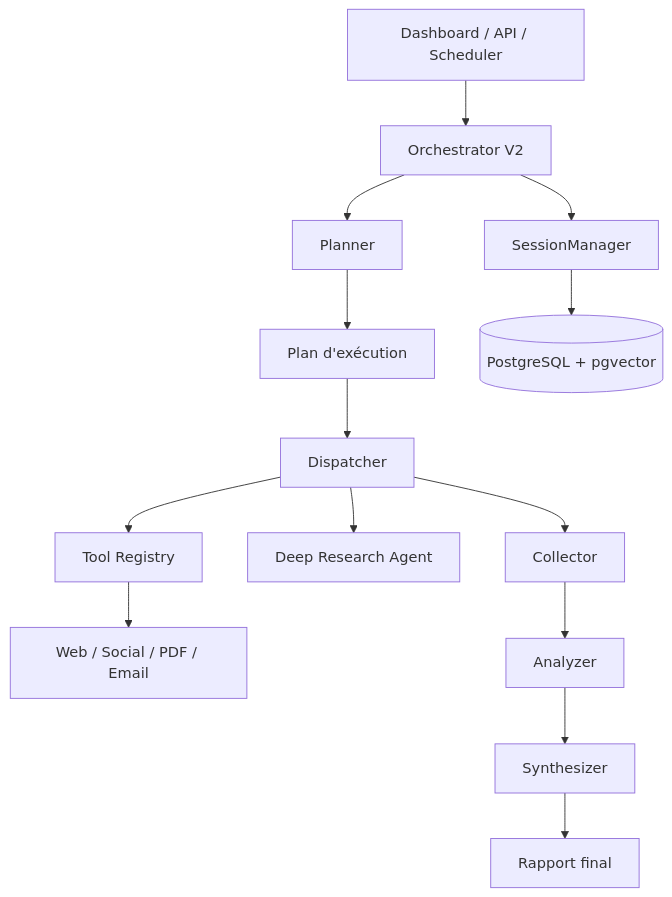
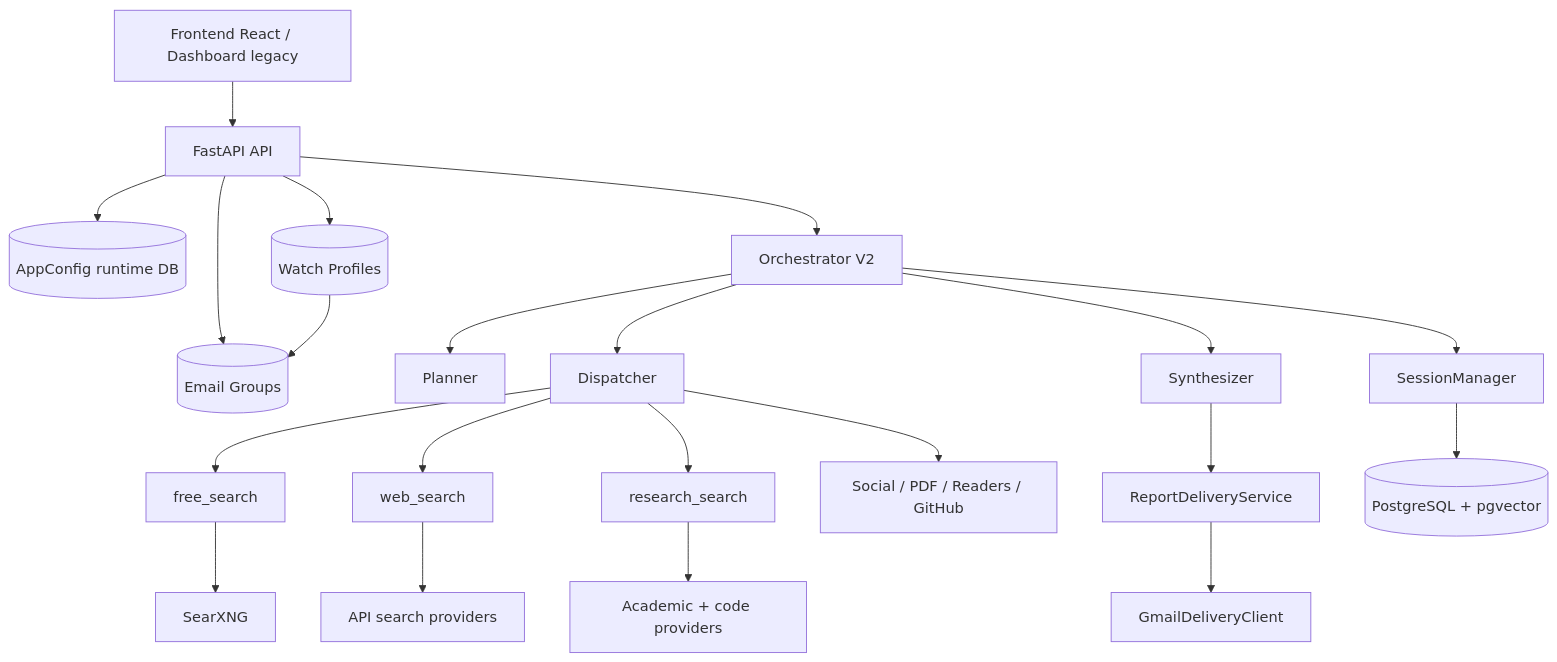
Before and after one commit to EngineerProjects/tech-watch-agent: the diagram in README.md, drawn with Mermaid. The commit also changed other lines of this file and 77 other files, not shown here.

Commit message:
Refactor runtime config, search modes, and email delivery

````diff
--- a/README.md
+++ b/README.md
@@ -91,16 +157,23 @@
 ```mermaid
 flowchart TD
-    A[Dashboard / API / Scheduler] --> B[Orchestrator V2]
-    B --> C[Planner]
-    C --> D[Plan d'exécution]
-    D --> E[Dispatcher]
-    E --> F[Tool Registry]
-    E --> G[Deep Research Agent]
-    F --> H[Web / Social / PDF / Email]
-    E --> I[Collector]
-    I --> J[Analyzer]
-    J --> K[Synthesizer]
-    K --> L[Rapport final]
-    B --> M[SessionManager]
-    M --> N[(PostgreSQL + pgvector)]
+    UI[Frontend React / Dashboard legacy] --> API[FastAPI API]
+    API --> CFG[(AppConfig runtime DB)]
+    API --> P[(Watch Profiles)]
+    API --> G[(Email Groups)]
+    API --> ORCH[Orchestrator V2]
+    ORCH --> PLAN[Planner]
+    ORCH --> DISP[Dispatcher]
+    DISP --> FREE[free_search]
+    DISP --> WEB[web_search]
+    DISP --> RS[research_search]
+    DISP --> TOOLS[Social / PDF / Readers / GitHub]
+    ORCH --> SYN[Synthesizer]
+    SYN --> DELIV[ReportDeliveryService]
+    DELIV --> GMAIL[GmailDeliveryClient]
+    ORCH --> SM[SessionManager]
+    SM --> DB[(PostgreSQL + pgvector)]
+    P --> G
+    FREE --> SX[SearXNG]
+    WEB --> APIS[API search providers]
+    RS --> ACAD[Academic + code providers]
 ```
````
